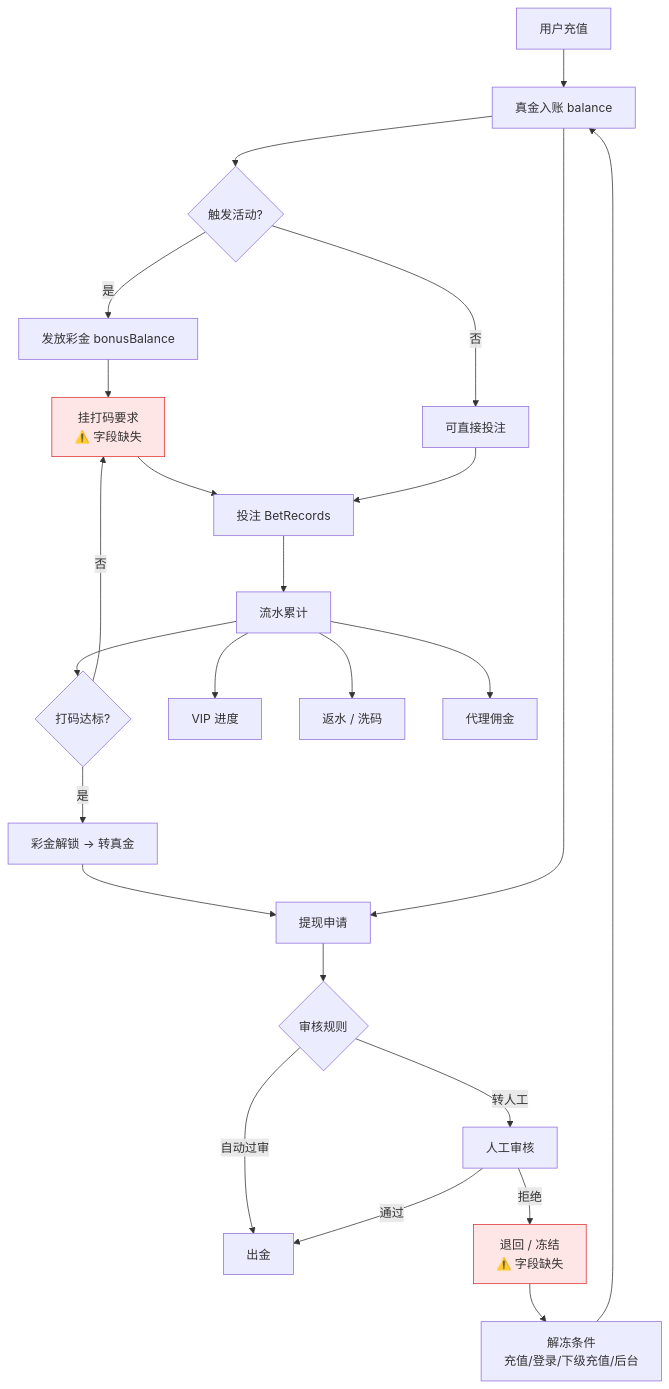
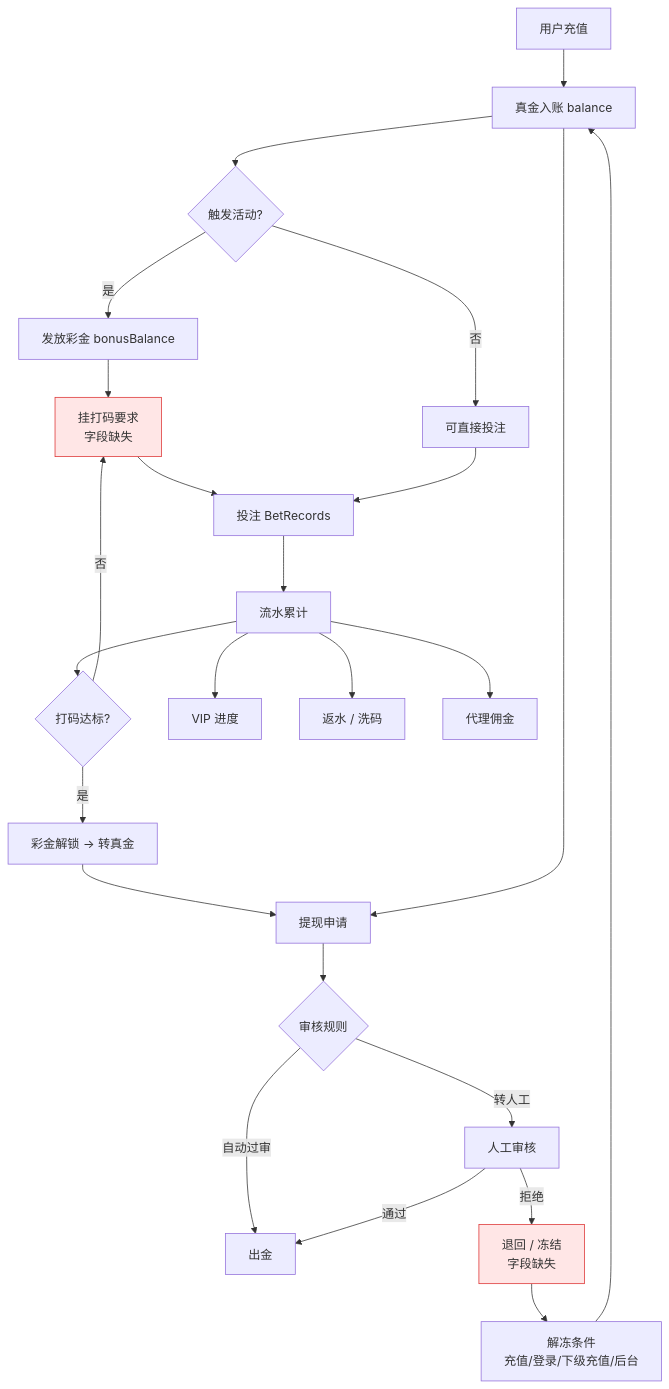
Before and after one commit to bingo-lab-1/bingo-figma: the second of 3 diagrams in 00-产品全景图.md, drawn with Mermaid. The commit also changed other lines of this file and 56 other files, not shown here.

````diff
--- a/00-产品全景图.md
+++ b/00-产品全景图.md
@@ -91,29 +91,29 @@
 ```mermaid
 flowchart TD
     A[用户充值] --> B[真金入账 balance]
     B --> C{触发活动?}
     C -->|是| D[发放彩金 bonusBalance]
     C -->|否| E[可直接投注]
-    D --> F[挂打码要求<br/>⚠️ 字段缺失]
+    D --> F[挂打码要求<br/> 字段缺失]
     F --> G[投注 BetRecords]
     E --> G
     G --> H[流水累计]
     H --> I{打码达标?}
     I -->|是| J[彩金解锁 → 转真金]
     I -->|否| F
     H --> K[VIP 进度]
     H --> L[返水 / 洗码]
     H --> M[代理佣金]
     J --> N[提现申请]
     B --> N
     N --> O{审核规则}
     O -->|自动过审| P[出金]
     O -->|转人工| Q[人工审核]
     Q -->|通过| P
-    Q -->|拒绝| R[退回 / 冻结<br/>⚠️ 字段缺失]
+    Q -->|拒绝| R[退回 / 冻结<br/> 字段缺失]
     R --> S[解冻条件<br/>充值/登录/下级充值/后台]
     S --> B
 
     style F fill:#ffe6e6,stroke:#d33
     style R fill:#ffe6e6,stroke:#d33
 ```
````
